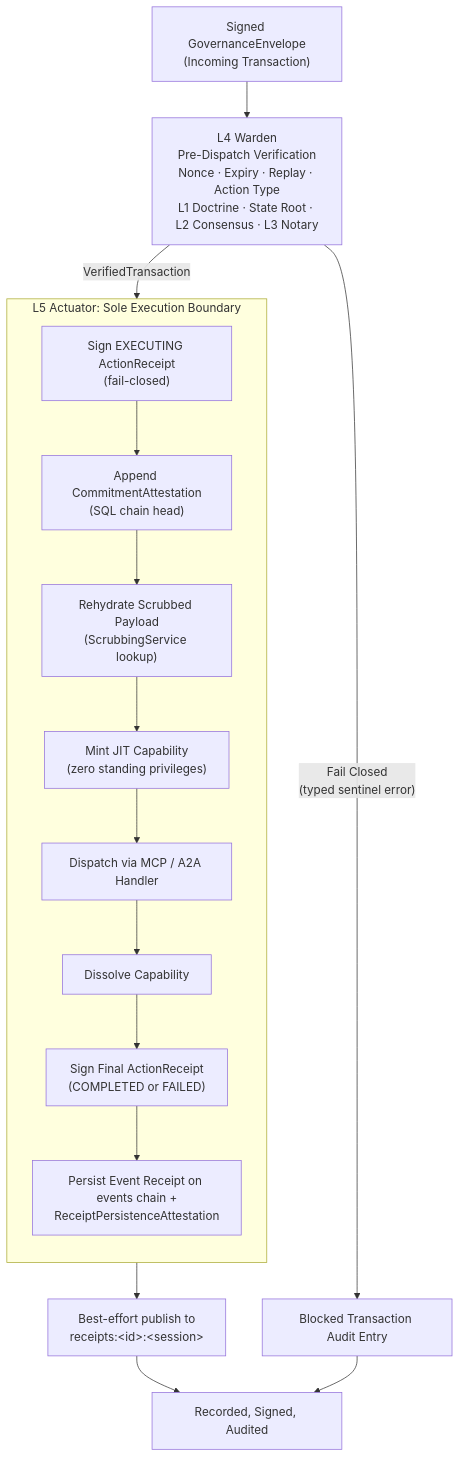
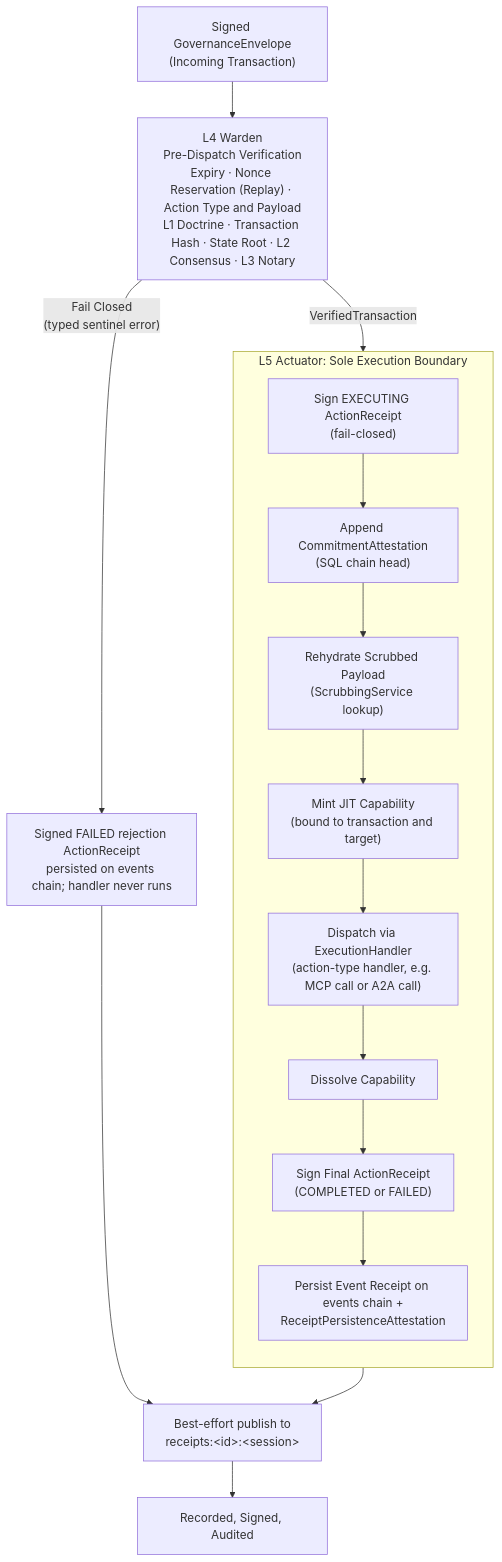
The diagram in docs/diagrams/graph-operator-pipeline-l1-l5.md (zerotrustdata/ztd), drawn with Mermaid before and after one commit. The commit also changed other lines of this file and 641 other files, not shown here.

First line of the commit message:
v1.3.0-2 : Tribunal Consensus and Governed Execution (#76)

````diff
--- a/docs/diagrams/graph-operator-pipeline-l1-l5.md
+++ b/docs/diagrams/graph-operator-pipeline-l1-l5.md
@@ -27,27 +27,27 @@
 ```mermaid
 graph TD
     Start["Signed GovernanceEnvelope<br/>(Incoming Transaction)"]
 
-    Warden["L4 Warden<br/>Pre-Dispatch Verification<br/>Nonce · Expiry · Replay · Action Type<br/>L1 Doctrine · State Root · L2 Consensus · L3 Notary"]
+    Warden["L4 Warden<br/>Pre-Dispatch Verification<br/>Expiry · Nonce Reservation (Replay) · Action Type and Payload<br/>L1 Doctrine · Transaction Hash · State Root · L2 Consensus · L3 Notary"]
 
     subgraph L5Actuator ["L5 Actuator: Sole Execution Boundary"]
         direction TB
         PreReceipt["Sign EXECUTING ActionReceipt<br/>(fail-closed)"]
         Commit["Append CommitmentAttestation<br/>(SQL chain head)"]
         Rehydrate["Rehydrate Scrubbed Payload<br/>(ScrubbingService lookup)"]
-        Cap["Mint JIT Capability<br/>(zero standing privileges)"]
-        Exec["Dispatch via MCP / A2A Handler"]
+        Cap["Mint JIT Capability<br/>(bound to transaction and target)"]
+        Exec["Dispatch via ExecutionHandler<br/>(action-type handler, e.g. MCP call or A2A call)"]
         Dissolve["Dissolve Capability"]
         Receipt["Sign Final ActionReceipt<br/>(COMPLETED or FAILED)"]
         AuditLog["Persist Event Receipt on events chain +<br/>ReceiptPersistenceAttestation"]
 
         PreReceipt --> Commit --> Rehydrate --> Cap --> Exec --> Dissolve --> Receipt --> AuditLog
     end
 
     Start --> Warden
     Warden -- "VerifiedTransaction" --> PreReceipt
-    Warden -- "Fail Closed<br/>(typed sentinel error)" --> BlockAudit["Blocked Transaction Audit Entry"]
+    Warden -- "Fail Closed<br/>(typed sentinel error)" --> BlockAudit["Signed FAILED rejection ActionReceipt<br/>persisted on events chain; handler never runs"]
     AuditLog --> Publish["Best-effort publish to<br/>receipts:&lt;id&gt;:&lt;session&gt;"]
+    BlockAudit --> Publish
     Publish --> Done["Recorded, Signed, Audited"]
-    BlockAudit --> Done
 ```
````
